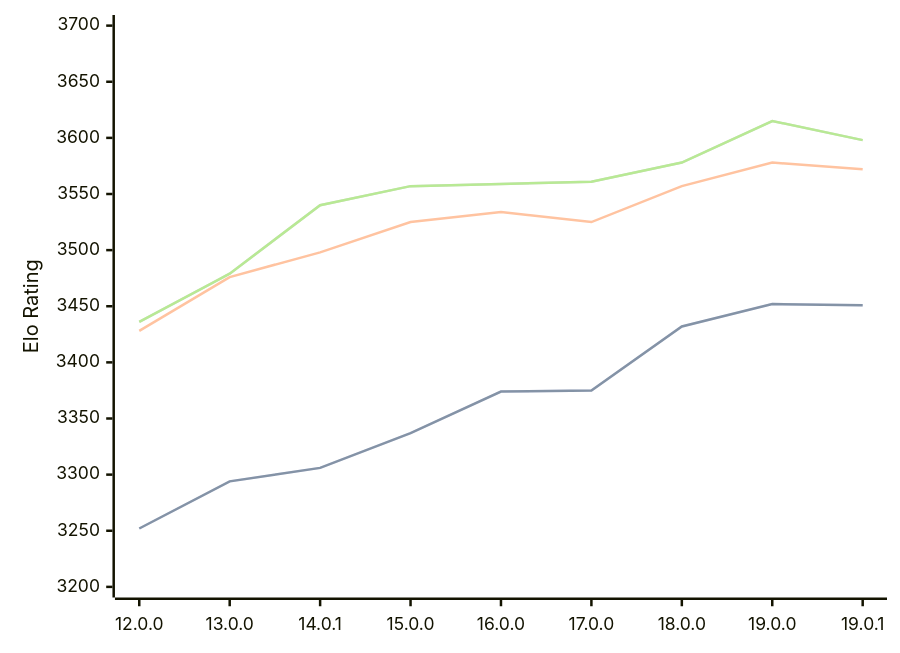
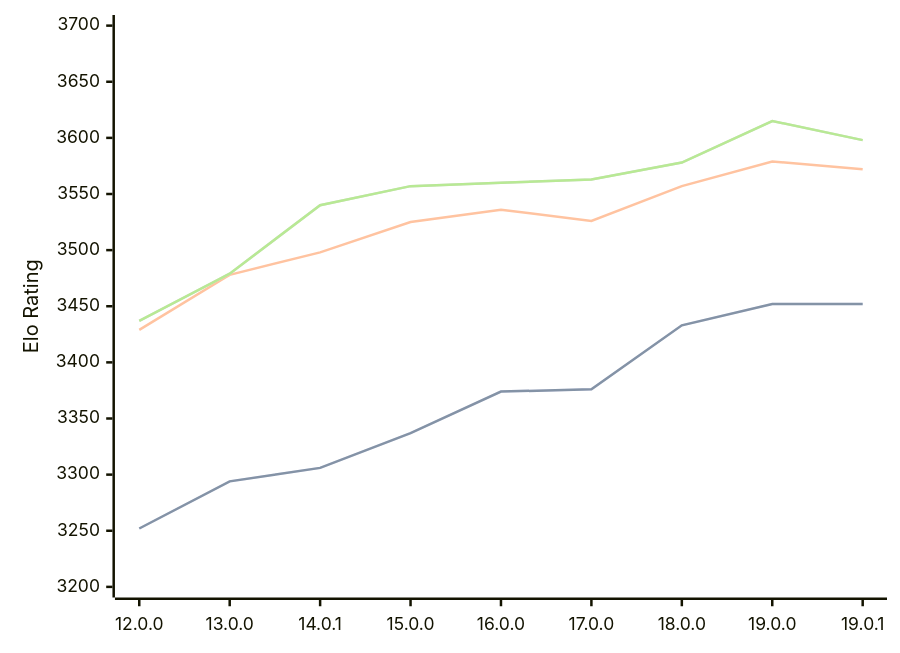
The diagram in engines/Viridithas.md (computer-chess-index/cci), drawn with Mermaid before and after one commit. The commit also changed other lines of this file, not shown here.

Commit message:
Update CCI Ratings (ELO VLTC) - 2026-05-04

````diff
--- a/engines/Viridithas.md
+++ b/engines/Viridithas.md
@@ -63,11 +63,11 @@
 ```mermaid
 %%{init: {"theme":"base","themeVariables":{"seriesColors:['#a3a3a3','#222221','#faa371']}}}%%
 xychart-beta
   x-axis ["12.0.0", "13.0.0", "14.0.1", "15.0.0", "16.0.0", "17.0.0", "18.0.0", "19.0.0", "19.0.1"]
   y-axis "Elo Rating" 3200 --> 3700
-  line "STC (8.0+0.08s)" [3252, 3294, 3306, 3337, 3374, 3375, 3432, 3452, 3451]
-  line "STC (8.0+0.08s)" [3252, 3294, 3306, 3337, 3374, 3375, 3432, 3452, 3451]
-  line "LTC (60.0+0.60s)" [3428, 3476, 3498, 3525, 3534, 3525, 3557, 3578, 3572]
-  line "VLTC (2m24s+1.12s)" [3436, 3479, 3540, 3557, 3559, 3561, 3578, 3615, 3598]
-  line "VLTC (2m24s+1.12s)" [3436, 3479, 3540, 3557, 3559, 3561, 3578, 3615, 3598]
+  line "STC (8.0+0.08s)" [3252, 3294, 3306, 3337, 3374, 3376, 3433, 3452, 3452]
+  line "STC (8.0+0.08s)" [3252, 3294, 3306, 3337, 3374, 3376, 3433, 3452, 3452]
+  line "LTC (60.0+0.60s)" [3429, 3478, 3498, 3525, 3536, 3526, 3557, 3579, 3572]
+  line "VLTC (2m24s+1.12s)" [3437, 3479, 3540, 3557, 3560, 3563, 3578, 3615, 3598]
+  line "VLTC (2m24s+1.12s)" [3437, 3479, 3540, 3557, 3560, 3563, 3578, 3615, 3598]
 ```
````
